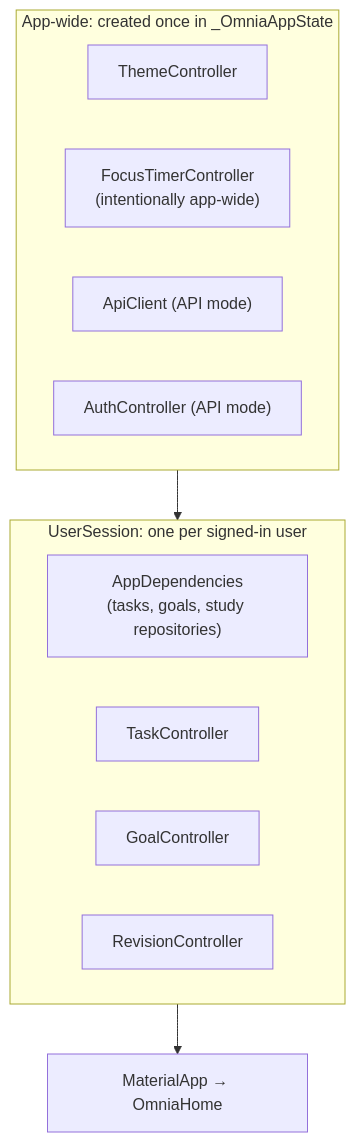
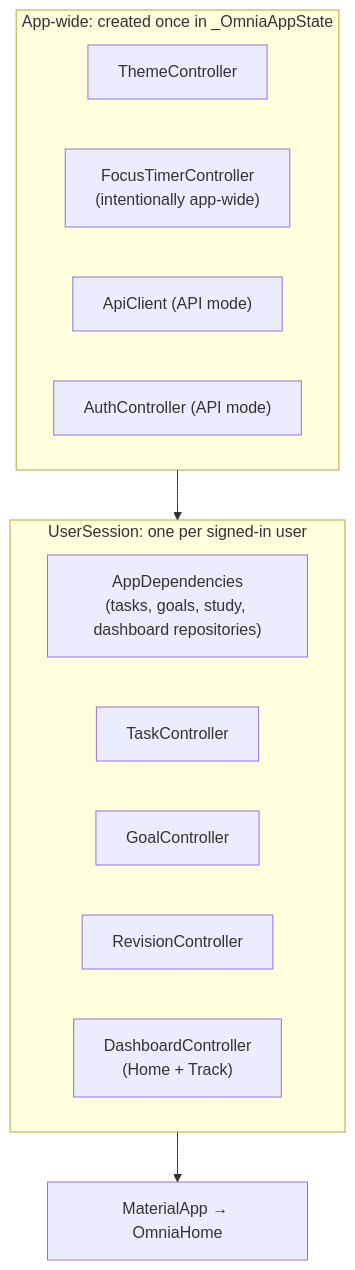
The diagram in docs/omnia-vault/Architecture/Session Architecture.md (Gaoher-1207/omnia), drawn with Mermaid before and after one commit. The commit also changed other lines of this file and 33 other files, not shown here.

````diff
--- a/docs/omnia-vault/Architecture/Session Architecture.md
+++ b/docs/omnia-vault/Architecture/Session Architecture.md
@@ -14,17 +14,18 @@
 ```mermaid
 flowchart TD
     subgraph AppWide["App-wide: created once in _OmniaAppState"]
         TH["ThemeController"]
         FT["FocusTimerController<br/>(intentionally app-wide)"]
         API["ApiClient (API mode)"]
         AUTH["AuthController (API mode)"]
     end
     subgraph Session["UserSession: one per signed-in user"]
-        DEPS["AppDependencies<br/>(tasks, goals, study repositories)"]
+        DEPS["AppDependencies<br/>(tasks, goals, study, dashboard repositories)"]
         TC["TaskController"]
         GC["GoalController"]
         RC["RevisionController"]
+        DC["DashboardController<br/>(Home + Track)"]
     end
     AppWide --> Session
     Session --> MA["MaterialApp → OmniaHome"]
 ```
````
